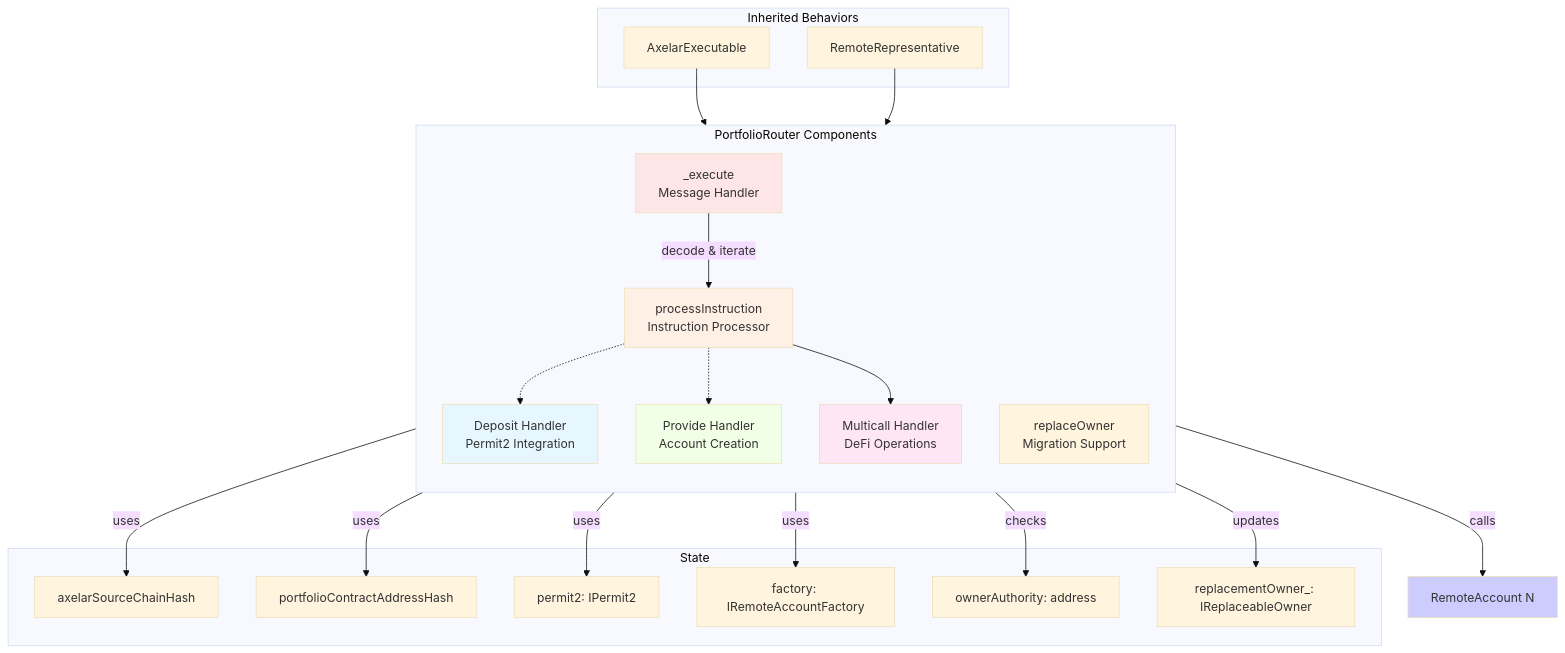
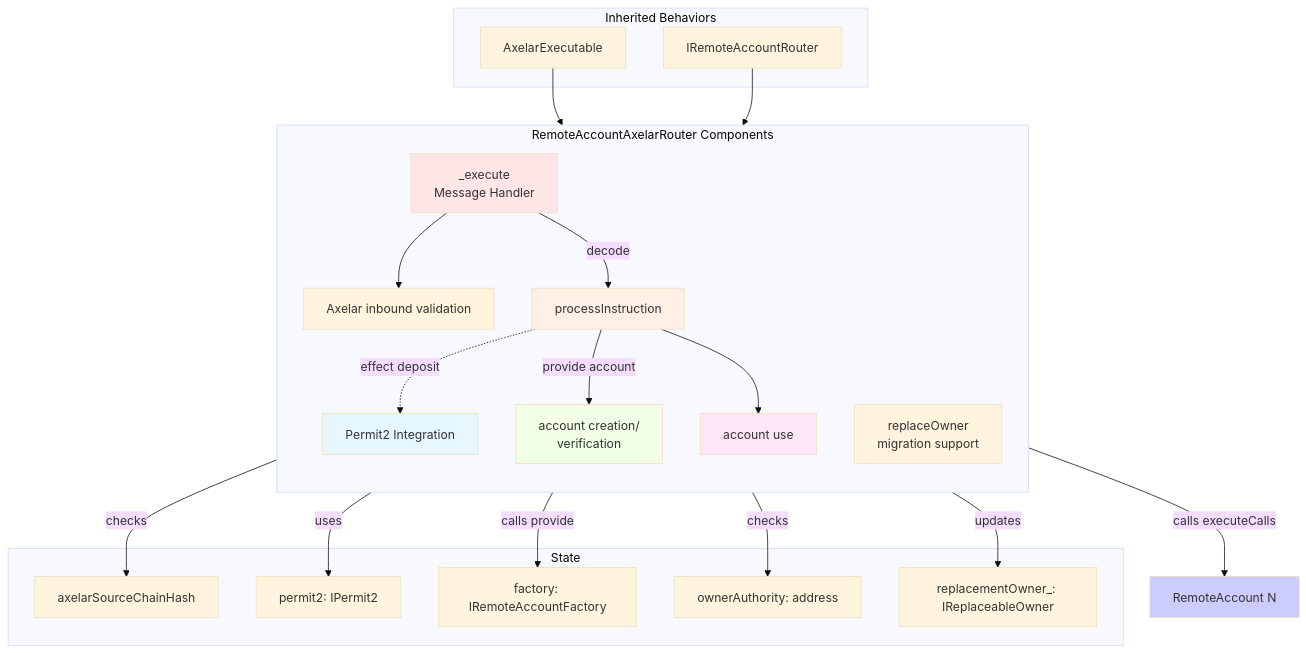
The third of 8 diagrams in packages/axelar-local-dev-cosmos/src/contracts/design.md (agoric-labs/agoric-to-axelar-local), drawn with Mermaid (base theme) before and after one commit. The commit also changed other lines of this file, not shown here.

````diff
--- a/packages/axelar-local-dev-cosmos/src/contracts/design.md
+++ b/packages/axelar-local-dev-cosmos/src/contracts/design.md
@@ -86,49 +95,54 @@
 ```mermaid
 graph TB
-    subgraph "PortfolioRouter Components"
+    subgraph "Inherited Behaviors"
+        AXLEXEC[AxelarExecutable]
+        ROUTER[IRemoteAccountRouter]
+    end
+    
+    subgraph "RemoteAccountAxelarRouter Components"
         direction TB
         EXE[_execute<br/>Message Handler]
-        PROC[processInstruction<br/>Instruction Processor]
-        DEP[Deposit Handler<br/>Permit2 Integration]
-        PROV[Provide Handler<br/>Account Creation]
-        MULTI[Multicall Handler<br/>DeFi Operations]
-        REP[replaceOwner<br/>Migration Support]
-    end
-    
-    subgraph "Inherited Behaviors"
-        AXLEXEC[AxelarExecutable]
-        REMREP[RemoteRepresentative]
+        VALIDATE[Axelar inbound validation]
+        PROC[processInstruction]
+        DEP[Permit2 Integration]
+        PROV[account creation/<br>verification]
+        MULTI[account use]
+        REP[replaceOwner<br/>migration support]
     end
     
     subgraph "State"
         SRCCHAIN[axelarSourceChainHash]
-        SRCADDR[portfolioContractAddressHash]
         PER[permit2: IPermit2]
         FAC[factory: IRemoteAccountFactory]
         AUTH[ownerAuthority: address]
         REPL[replacementOwner_: IReplaceableOwner]
     end
     
     RAn[RemoteAccount N]
 
+    %% inheritance
     AXLEXEC --> EXE
-    REMREP --> EXE
-    EXE -->|decode & iterate| PROC
-    PROC -->|uses| SRCCHAIN
-    PROC -->|uses| SRCADDR
-    PROC -.-> DEP
-    PROC -.-> PROV
+    ROUTER --> EXE
+    
+    %% operation
+    EXE --> VALIDATE
+    EXE -->|decode| PROC
+    PROC -.->|effect deposit| DEP
+    PROC -->|provide account| PROV
     PROC --> MULTI
+    
+    %% state access
+    VALIDATE -->|checks| SRCCHAIN
     DEP -->|uses| PER
-    PROV -->|uses| FAC
-    MULTI --> |calls| RAn
+    PROV -->|calls provide| FAC
+    MULTI --> |calls executeCalls| RAn
     REP -->|updates| REPL
     REP -->|checks| AUTH
     
     style EXE fill:#ffe6e6
     style PROC fill:#fff0e6
     style DEP fill:#e6f7ff
     style PROV fill:#f0ffe6
     style MULTI fill:#ffe6f7
     style RAn fill:#ccccff
 ```
````
